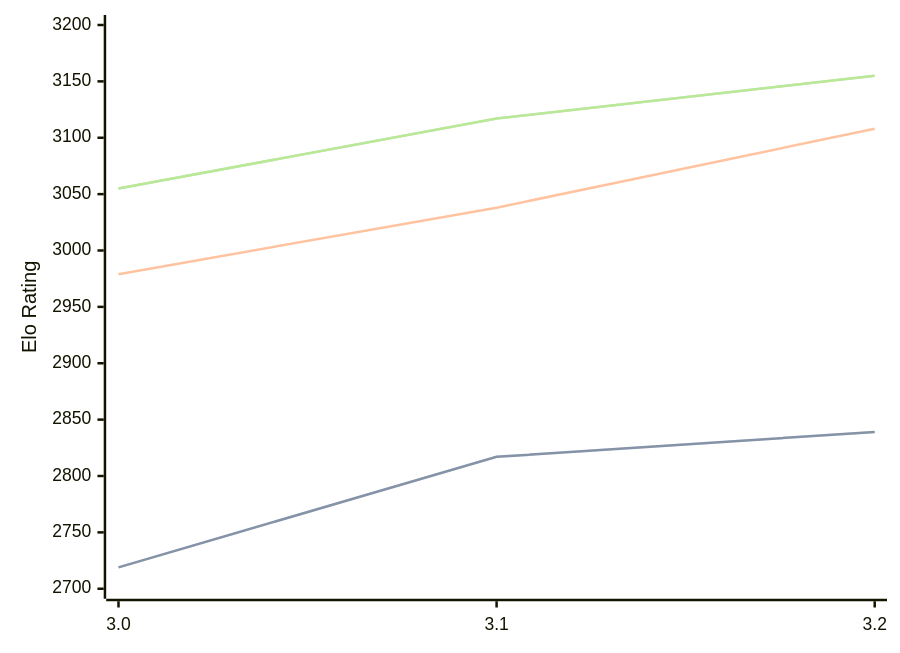
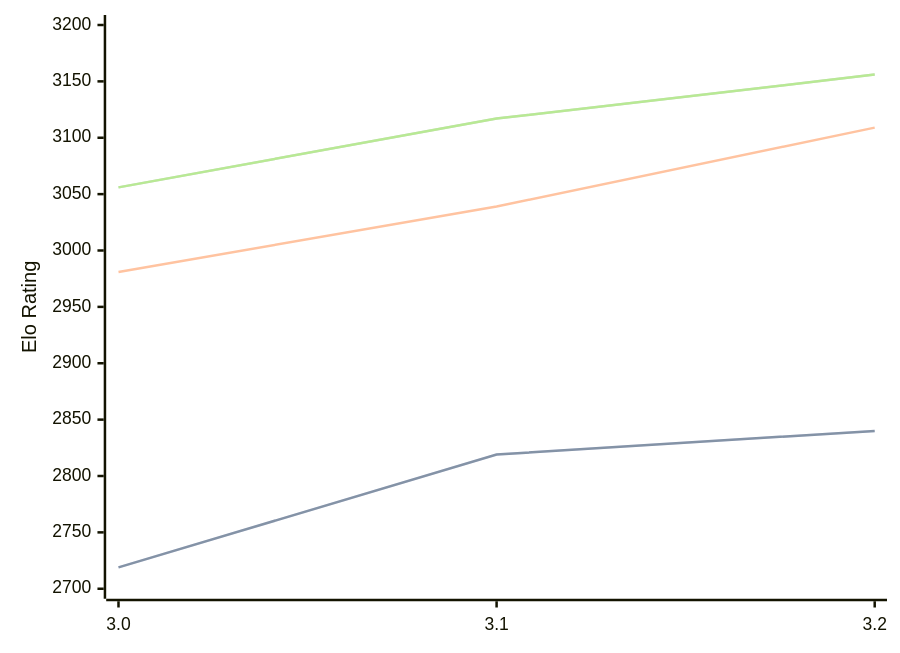
The third of 3 diagrams in engines/Vajolet2.md (computer-chess-index/cci), drawn with Mermaid before and after one commit. The commit also changed other lines of this file, not shown here.

Commit message:
Update CCI Ratings (ELO VLTC) - 2026-06-24

````diff
--- a/engines/Vajolet2.md
+++ b/engines/Vajolet2.md
@@ -74,11 +74,11 @@
 ```mermaid
 %%{init: {"theme":"base","themeVariables":{"seriesColors:['#a3a3a3','#222221','#faa371']}}}%%
 xychart-beta
   x-axis ["3.0", "3.1", "3.2"]
   y-axis "Elo Rating" 2700 --> 3200
-  line "STC (8.0+0.08s)" [2719, 2817, 2839]
-  line "STC (8.0+0.08s)" [2719, 2817, 2839]
-  line "LTC (60.0+0.60s)" [2979, 3038, 3108]
-  line "VLTC (2m24s+1.12s)" [3055, 3117, 3155]
-  line "VLTC (2m24s+1.12s)" [3055, 3117, 3155]
+  line "STC (8.0+0.08s)" [2719, 2819, 2840]
+  line "STC (8.0+0.08s)" [2719, 2819, 2840]
+  line "LTC (60.0+0.60s)" [2981, 3039, 3109]
+  line "VLTC (2m24s+1.12s)" [3056, 3117, 3156]
+  line "VLTC (2m24s+1.12s)" [3056, 3117, 3156]
 ```
````
